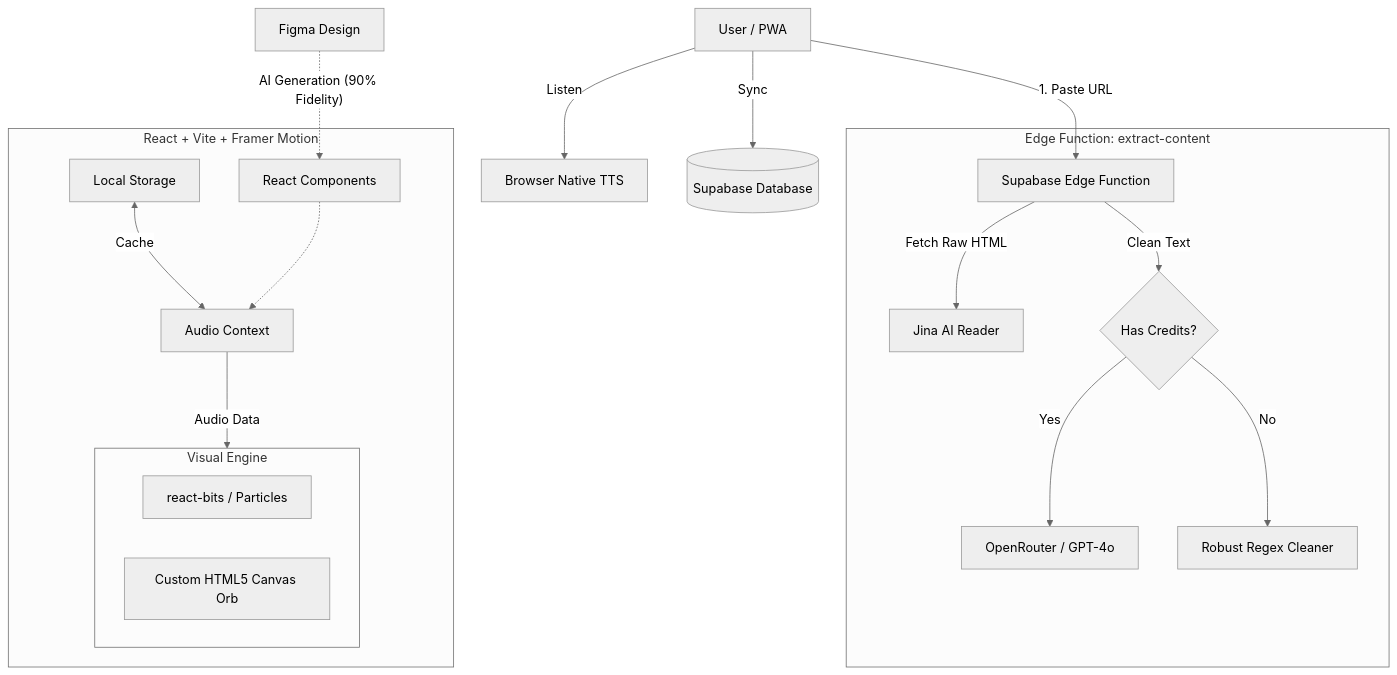
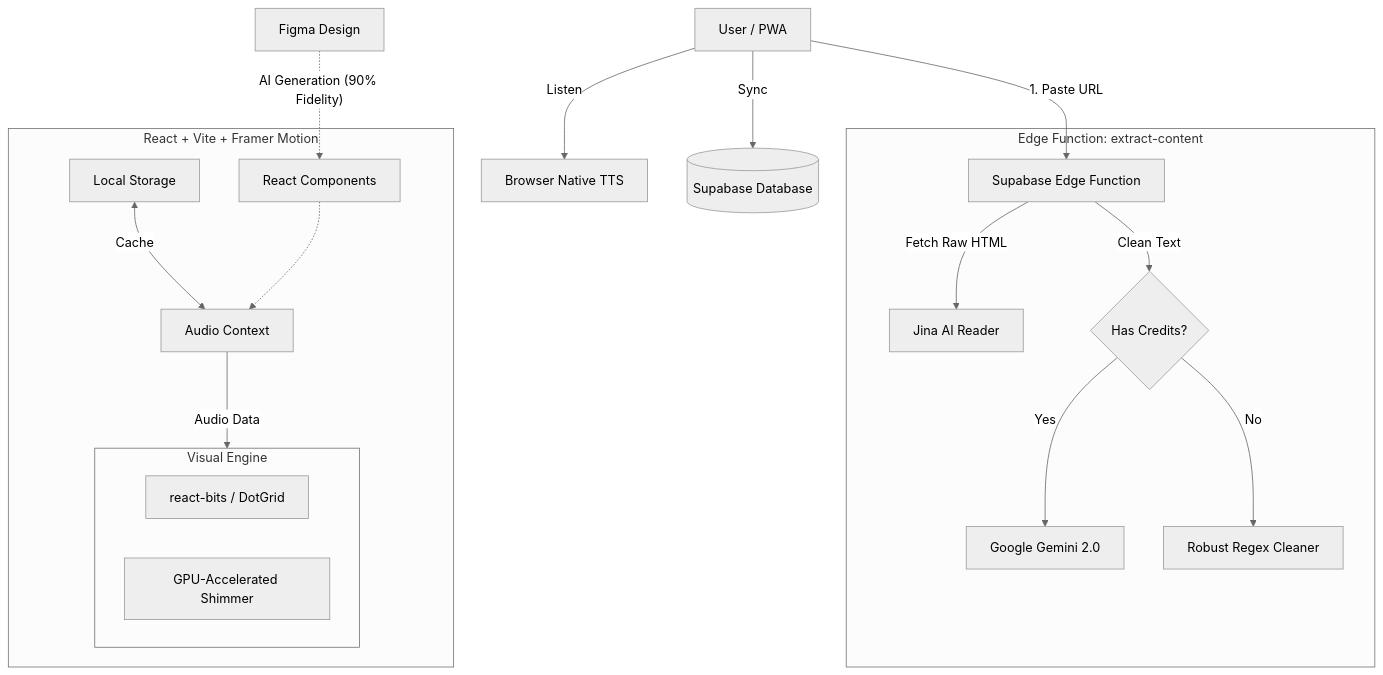
Before and after one commit to nabrahma/AudiText: the diagram in README.md, drawn with Mermaid (neutral theme). The commit also changed other lines of this file, not shown here.

Commit message:
docs: update README with performance features, remove Orb references, update architecture

````diff
--- a/README.md
+++ b/README.md
@@ -72,25 +80,25 @@
 ```mermaid
 graph TD
     Design[Figma Design] -.-> |"AI Generation (90% Fidelity)"| Components
     User[User / PWA] -->|1. Paste URL| Edge[Supabase Edge Function]
     User -->|Listen| BrowserTTS[Browser Native TTS]
     User -->|Sync| DB[(Supabase Database)]
     
     subgraph Backend [Edge Function: extract-content]
         Edge -->|Fetch Raw HTML| Jina[Jina AI Reader]
         Edge -->|Clean Text| AI_Logic{Has Credits?}
-        AI_Logic -->|Yes| OpenRouter[OpenRouter / GPT-4o]
+        AI_Logic -->|Yes| Gemini[Google Gemini 2.0]
         AI_Logic -->|No| Manual[Robust Regex Cleaner]
     end
     
     subgraph Frontend [React + Vite + Framer Motion]
         Components[React Components]
         Store[Local Storage] <-->|Cache| State[Audio Context]
         Components -.-> State
         State -->|Audio Data| Visuals
         subgraph Visuals [Visual Engine]
-             Bits[react-bits / Particles]
-             Orb[Custom HTML5 Canvas Orb]
+             Bits[react-bits / DotGrid]
+             Shimmer[GPU-Accelerated Shimmer]
         end
     end
 ```
````
